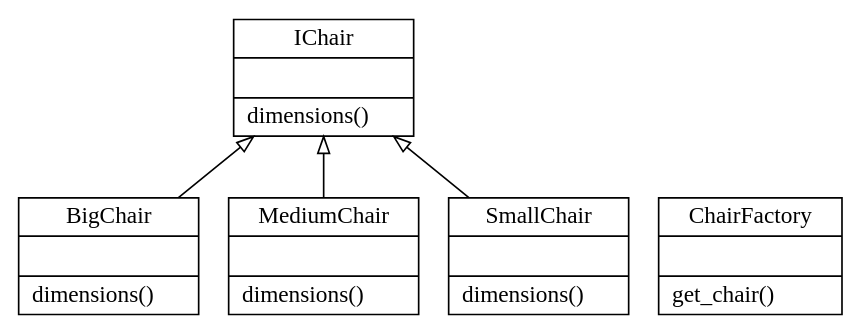
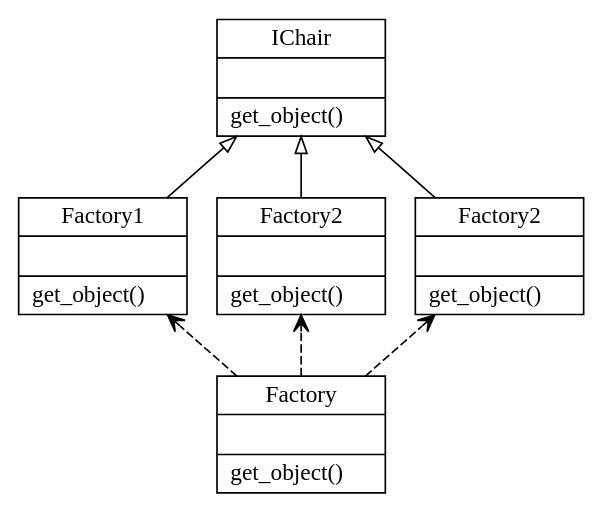
The diagram in factory/classes_chair_factory.dot (Sean-Bradley/Design-Patterns-In-Python), drawn with Graphviz before and after one commit. The commit also changed 1 other file, not shown here.

Commit message:
added comand object

```diff
--- a/factory/classes_chair_factory.dot
+++ b/factory/classes_chair_factory.dot
@@ -1,12 +1,16 @@
 digraph "classes_chair_factory" {
 charset="utf-8"
 rankdir=BT
-"0" [label="{BigChair|\l|dimensions()\l}", shape="record"];
-"1" [label="{ChairFactory|\l|get_chair()\l}", shape="record"];
-"2" [label="{IChair|\l|dimensions()\l}", shape="record"];
-"3" [label="{MediumChair|\l|dimensions()\l}", shape="record"];
-"4" [label="{SmallChair|\l|dimensions()\l}", shape="record"];
+{rank=same; 0,3,4 }
+"0" [label="{Factory1|\l|get_object()\l}", shape="record"];
+"2" [label="{IChair|\l|get_object()\l}", shape="record"];
+"3" [label="{Factory2|\l|get_object()\l}", shape="record"];
+"4" [label="{Factory2|\l|get_object()\l}", shape="record"];
+"1" [label="{Factory|\l|get_object()\l}", shape="record"];
 "0" -> "2" [arrowhead="empty", arrowtail="none"];
 "3" -> "2" [arrowhead="empty", arrowtail="none"];
 "4" -> "2" [arrowhead="empty", arrowtail="none"];
+"1" -> "0" [arrowhead="open", arrowtail="none", style="dashed"];
+"1" -> "3" [arrowhead="open", arrowtail="none", style="dashed"];
+"1" -> "4" [arrowhead="open", arrowtail="none", style="dashed"];
 }
```
